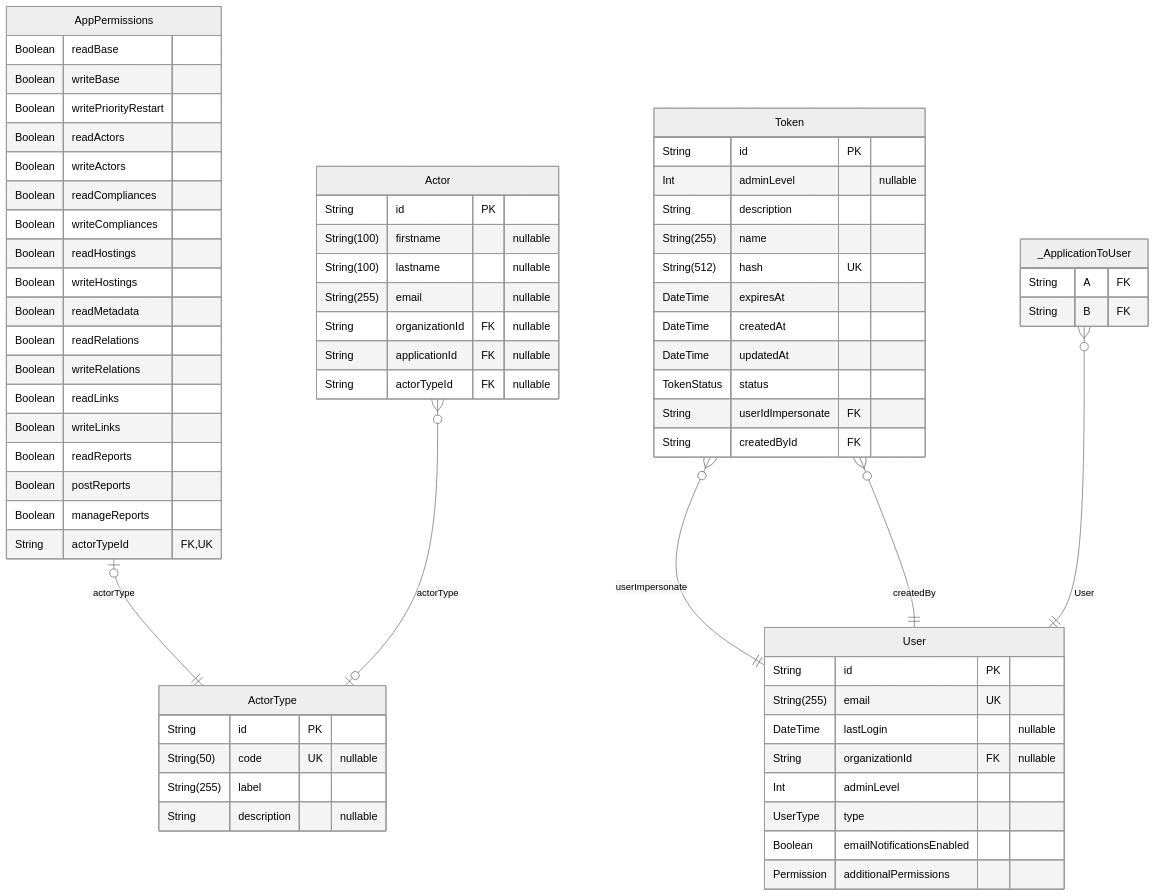
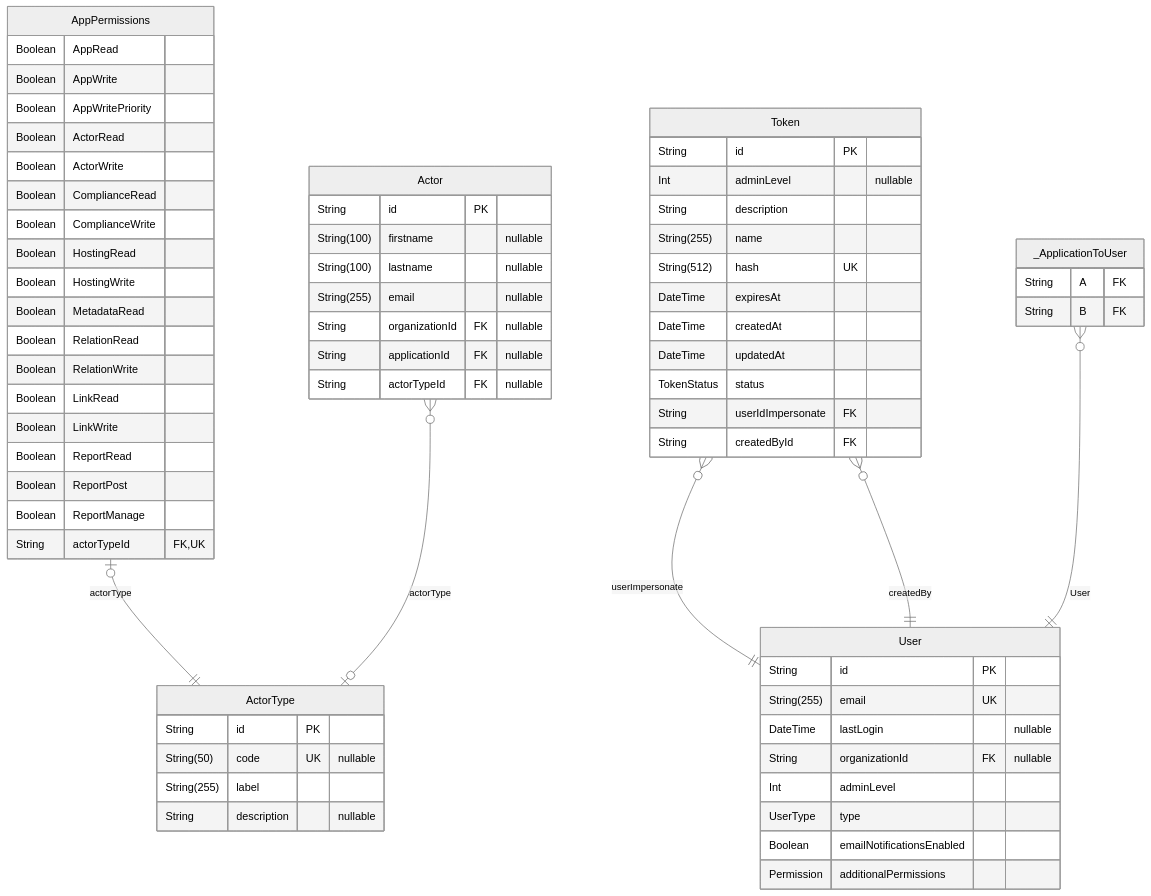
One commit to dnum-mi/referentiel-applications changed the tenth of 12 diagrams in backend/prisma/docs/schema.md. Above: the diagram before and after it, drawn with Mermaid (neutral theme). The commit also changed other lines of this file and 54 other files, not shown here.

````diff
--- a/backend/prisma/docs/schema.md
+++ b/backend/prisma/docs/schema.md
@@ -545,70 +545,70 @@
 ```mermaid
 erDiagram
 "AppPermissions" {
-  Boolean readBase
-  Boolean writeBase
-  Boolean writePriorityRestart
-  Boolean readActors
-  Boolean writeActors
-  Boolean readCompliances
-  Boolean writeCompliances
-  Boolean readHostings
-  Boolean writeHostings
-  Boolean readMetadata
-  Boolean readRelations
-  Boolean writeRelations
-  Boolean readLinks
-  Boolean writeLinks
-  Boolean readReports
-  Boolean postReports
-  Boolean manageReports
+  Boolean AppRead
+  Boolean AppWrite
+  Boolean AppWritePriority
+  Boolean ActorRead
+  Boolean ActorWrite
+  Boolean ComplianceRead
+  Boolean ComplianceWrite
+  Boolean HostingRead
+  Boolean HostingWrite
+  Boolean MetadataRead
+  Boolean RelationRead
+  Boolean RelationWrite
+  Boolean LinkRead
+  Boolean LinkWrite
+  Boolean ReportRead
+  Boolean ReportPost
+  Boolean ReportManage
   String actorTypeId FK,UK
 }
 "Token" {
   String id PK
   Int adminLevel "nullable"
   String description
   String(255) name
   String(512) hash UK
   DateTime expiresAt
   DateTime createdAt
   DateTime updatedAt
   TokenStatus status
   String userIdImpersonate FK
   String createdById FK
 }
 "User" {
   String id PK
   String(255) email UK
   DateTime lastLogin "nullable"
   String organizationId FK "nullable"
   Int adminLevel
   UserType type
   Boolean emailNotificationsEnabled
   Permission additionalPermissions
 }
 "Actor" {
   String id PK
   String(100) firstname "nullable"
   String(100) lastname "nullable"
   String(255) email "nullable"
   String organizationId FK "nullable"
   String applicationId FK "nullable"
   String actorTypeId FK "nullable"
 }
 "ActorType" {
   String id PK
   String(50) code UK "nullable"
   String(255) label
   String description "nullable"
 }
 "_ApplicationToUser" {
   String A FK
   String B FK
 }
 "AppPermissions" |o--|| "ActorType" : actorType
 "Token" }o--|| "User" : userImpersonate
 "Token" }o--|| "User" : createdBy
 "Actor" }o--o| "ActorType" : actorType
 "_ApplicationToUser" }o--|| "User" : User
 ```
````
